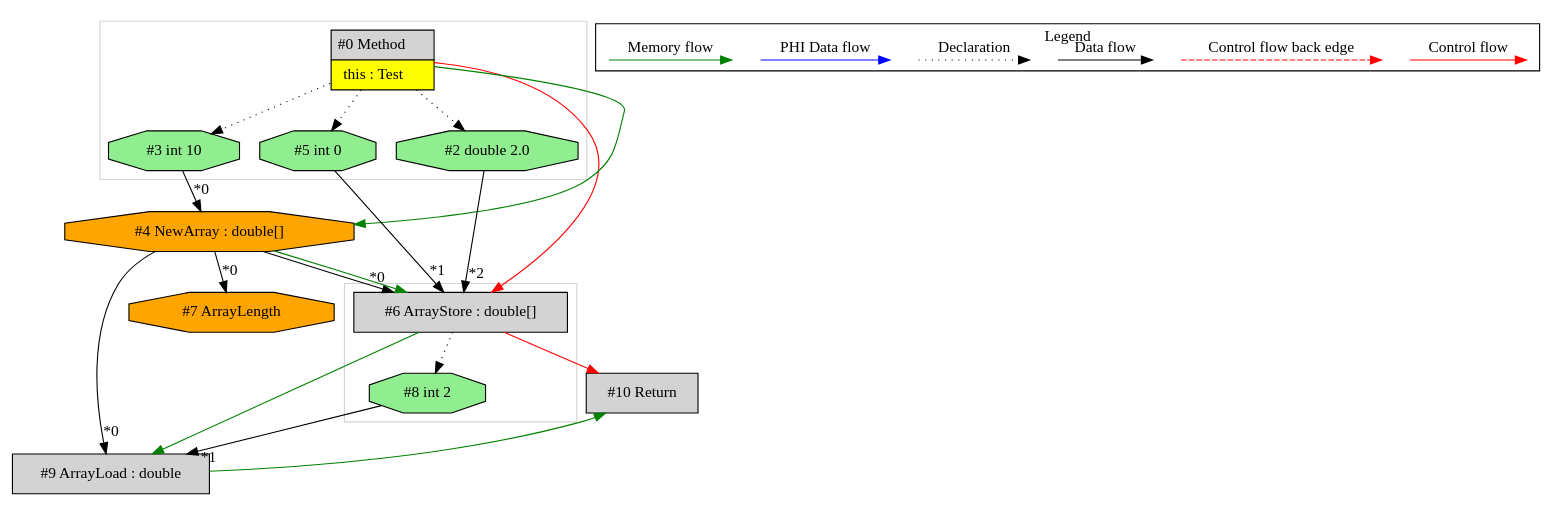
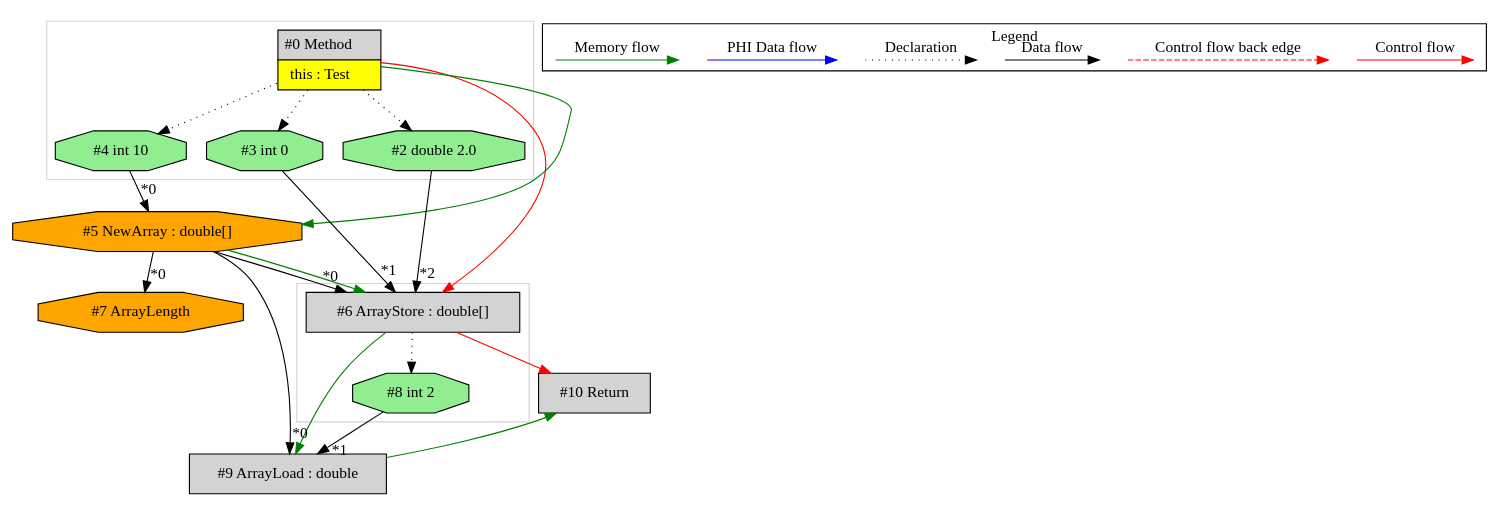
The diagram in de.mirkosertic.metair.ir.OpcodeNEWARRAYTest/test_NEWARRAY_double/ir.dot (mirkosertic/MetaIR), drawn with Graphviz before and after one commit. The commit also changed 1240 other files, not shown here.

```diff
--- a/de.mirkosertic.metair.ir.OpcodeNEWARRAYTest/test_NEWARRAY_double/ir.dot
+++ b/de.mirkosertic.metair.ir.OpcodeNEWARRAYTest/test_NEWARRAY_double/ir.dot
@@ -1,68 +1,68 @@
 digraph {
  ordering="in";
  node0[margin="0", label=<<table border="0" cellborder="1" cellspacing="0" cellpadding="5"><tr><td colspan="1">#0 Method</td></tr><tr><td port="prj1" bgcolor="yellow">this : Test</td></tr></table>>,shape=none, fillcolor=lightgrey, style=filled];
  node6[label="#6 ArrayStore : double[]",shape=box, fillcolor=lightgrey, style=filled];
- node4 -> node6[headlabel="*0", labeldistance=2];
- node5 -> node6[headlabel="*1", labeldistance=2];
+ node5 -> node6[headlabel="*0", labeldistance=2];
+ node3 -> node6[headlabel="*1", labeldistance=2];
  node2 -> node6[headlabel="*2", labeldistance=2];
- node4 -> node6[labeldistance=2, color=green, constraint=false];
+ node5 -> node6[labeldistance=2, color=green, constraint=false];
  node0 -> node6[labeldistance=2, color=red, fontcolor=red];
- node4[label="#4 NewArray : double[]",shape=octagon, fillcolor=orange, style=filled];
- node3 -> node4[headlabel="*0", labeldistance=2];
- node0 -> node4[labeldistance=2, color=green, constraint=false];
- node3[label="#3 int 10",shape=octagon, fillcolor=lightgreen, style=filled];
- node0 -> node3[style=dotted];
+ node5[label="#5 NewArray : double[]",shape=octagon, fillcolor=orange, style=filled];
+ node4 -> node5[headlabel="*0", labeldistance=2];
+ node0 -> node5[labeldistance=2, color=green, constraint=false];
+ node4[label="#4 int 10",shape=octagon, fillcolor=lightgreen, style=filled];
+ node0 -> node4[style=dotted];
+ node7[label="#7 ArrayLength",shape=octagon, fillcolor=orange, style=filled];
+ node5 -> node7[headlabel="*0", labeldistance=2];
  node9[label="#9 ArrayLoad : double",shape=box, fillcolor=lightgrey, style=filled];
- node4 -> node9[headlabel="*0", labeldistance=2];
+ node5 -> node9[headlabel="*0", labeldistance=2];
  node8 -> node9[headlabel="*1", labeldistance=2];
  node6 -> node9[labeldistance=2, color=green, constraint=false];
  node8[label="#8 int 2",shape=octagon, fillcolor=lightgreen, style=filled];
  node6 -> node8[style=dotted];
  node10[label="#10 Return",shape=box, fillcolor=lightgrey, style=filled];
  node6 -> node10[labeldistance=2, color=red, fontcolor=red];
  node9 -> node10[labeldistance=2, color=green, constraint=false];
- node7[label="#7 ArrayLength",shape=octagon, fillcolor=orange, style=filled];
- node4 -> node7[headlabel="*0", labeldistance=2];
  node2[label="#2 double 2.0",shape=octagon, fillcolor=lightgreen, style=filled];
  node0 -> node2[style=dotted];
- node5[label="#5 int 0",shape=octagon, fillcolor=lightgreen, style=filled];
- node0 -> node5[style=dotted];
+ node3[label="#3 int 0",shape=octagon, fillcolor=lightgreen, style=filled];
+ node0 -> node3[style=dotted];
  subgraph cluster_0 {
   color=lightgray;
   node0;
   node2;
   node3;
-  node5;
+  node4;
  }
  subgraph cluster_1 {
   color=lightgray;
   node6;
   node8;
  }
  subgraph cluster_000 {
   label = "Legend";
   node [shape=point]
   {
    rank=same;
    c0 [style = invis];
    c1 [style = invis];
    c2 [style = invis];
    c3 [style = invis];
    d0 [style = invis];
    d1 [style = invis];
    d2 [style = invis];
    d3 [style = invis];
    d4 [style = invis];
    d5 [style = invis];
    d6 [style = invis];
    d7 [style = invis];
   }
   c0 -> c1 [label="Control flow", style=solid, color=red]
   c2 -> c3 [label="Control flow back edge", style=dashed, color=red]
   d0 -> d1 [label="Data flow"]
   d2 -> d3 [label="Declaration", style=dotted]
   d4 -> d5 [label="PHI Data flow", color=blue]
   d6 -> d7 [label="Memory flow", color=green]
  }
 
 }
```
